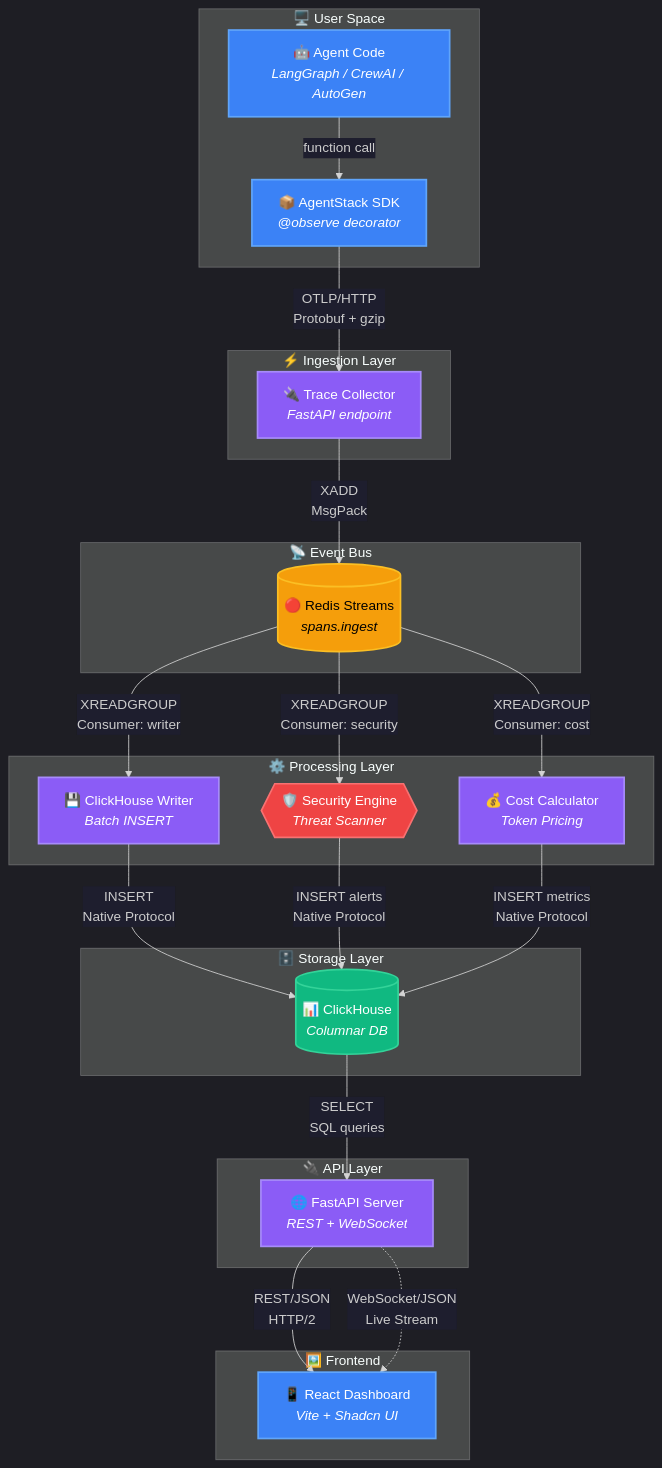
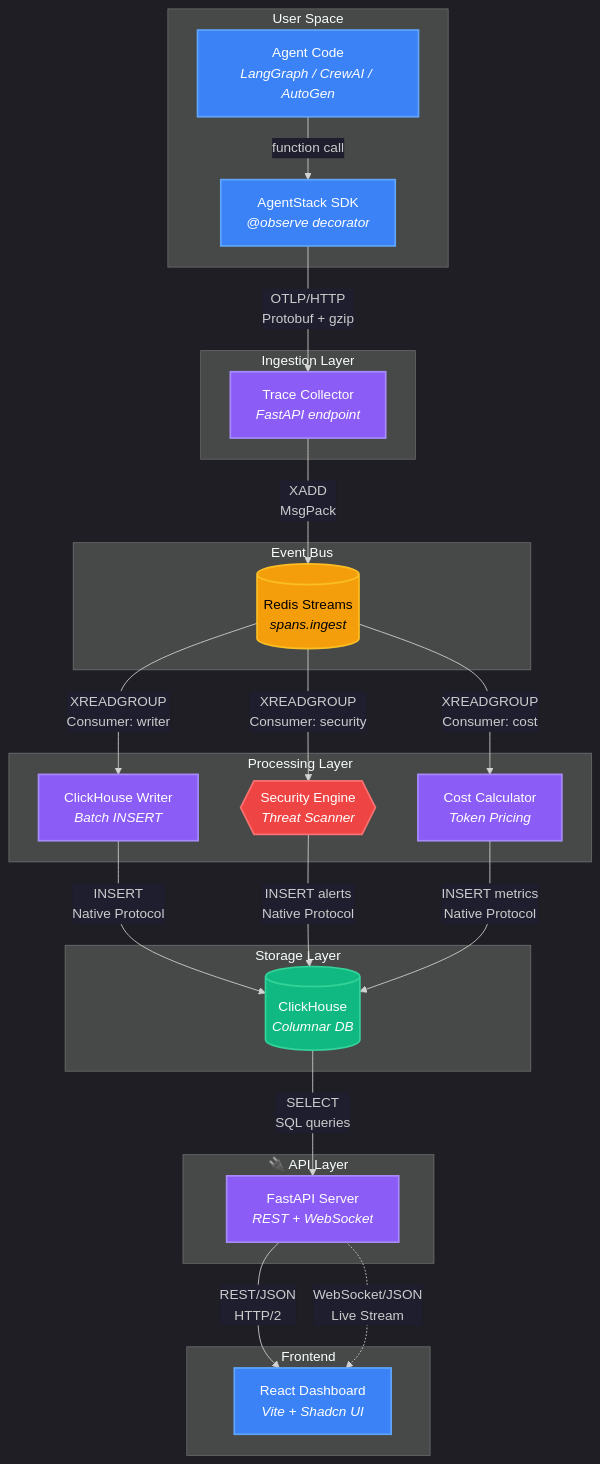
Before and after one commit to Ramakrishna1967/AgentState: the first of 7 diagrams in README.md, drawn with Mermaid. The commit also changed other lines of this file, not shown here.

````diff
--- a/README.md
+++ b/README.md
@@ -6,59 +6,59 @@
 ```mermaid
 %%{init: {'theme':'dark', 'themeVariables': {'primaryColor': '#4f46e5', 'edgeLabelBackground':'#1e1e2e'}}}%%
 graph TD
-    subgraph UserSpace["🖥️ User Space"]
-        A["🤖 Agent Code<br/><i>LangGraph / CrewAI / AutoGen</i>"]
-        B["📦 AgentStack SDK<br/><i>@observe decorator</i>"]
+    subgraph UserSpace[" User Space"]
+        A[" Agent Code<br/><i>LangGraph / CrewAI / AutoGen</i>"]
+        B[" AgentStack SDK<br/><i>@observe decorator</i>"]
     end
 
-    subgraph Ingestion["⚡ Ingestion Layer"]
-        C["🔌 Trace Collector<br/><i>FastAPI endpoint</i>"]
+    subgraph Ingestion[" Ingestion Layer"]
+        C[" Trace Collector<br/><i>FastAPI endpoint</i>"]
     end
 
-    subgraph EventBus["📡 Event Bus"]
-        D[("🔴 Redis Streams<br/><i>spans.ingest</i>")]
+    subgraph EventBus[" Event Bus"]
+        D[(" Redis Streams<br/><i>spans.ingest</i>")]
     end
 
-    subgraph Processing["⚙️ Processing Layer"]
-        E["💾 ClickHouse Writer<br/><i>Batch INSERT</i>"]
-        F{{"🛡️ Security Engine<br/><i>Threat Scanner</i>"}}
-        G["💰 Cost Calculator<br/><i>Token Pricing</i>"]
+    subgraph Processing["Processing Layer"]
+        E[" ClickHouse Writer<br/><i>Batch INSERT</i>"]
+        F{{" Security Engine<br/><i>Threat Scanner</i>"}}
+        G[" Cost Calculator<br/><i>Token Pricing</i>"]
     end
 
-    subgraph Storage["🗄️ Storage Layer"]
-        H[("📊 ClickHouse<br/><i>Columnar DB</i>")]
+    subgraph Storage[" Storage Layer"]
+        H[("ClickHouse<br/><i>Columnar DB</i>")]
     end
 
     subgraph APILayer["🔌 API Layer"]
-        I["🌐 FastAPI Server<br/><i>REST + WebSocket</i>"]
+        I[" FastAPI Server<br/><i>REST + WebSocket</i>"]
     end
 
-    subgraph Frontend["🖼️ Frontend"]
-        J["📱 React Dashboard<br/><i>Vite + Shadcn UI</i>"]
+    subgraph Frontend[" Frontend"]
+        J[" React Dashboard<br/><i>Vite + Shadcn UI</i>"]
     end
 
     A -->|"function call"| B
     B -->|"OTLP/HTTP<br/>Protobuf + gzip"| C
     C -->|"XADD<br/>MsgPack"| D
     D -->|"XREADGROUP<br/>Consumer: writer"| E
     D -->|"XREADGROUP<br/>Consumer: security"| F
     D -->|"XREADGROUP<br/>Consumer: cost"| G
     E -->|"INSERT<br/>Native Protocol"| H
     F -->|"INSERT alerts<br/>Native Protocol"| H
     G -->|"INSERT metrics<br/>Native Protocol"| H
     H -->|"SELECT<br/>SQL queries"| I
     I -->|"REST/JSON<br/>HTTP/2"| J
     I -.->|"WebSocket/JSON<br/>Live Stream"| J
 
     classDef userFacing fill:#3b82f6,stroke:#60a5fa,color:#fff,stroke-width:2px
     classDef storage fill:#10b981,stroke:#34d399,color:#fff,stroke-width:2px
     classDef security fill:#ef4444,stroke:#f87171,color:#fff,stroke-width:2px
     classDef async fill:#f59e0b,stroke:#fbbf24,color:#000,stroke-width:2px
     classDef processing fill:#8b5cf6,stroke:#a78bfa,color:#fff,stroke-width:2px
 
     class A,B,J userFacing
     class H storage
     class F security
     class D async
     class C,E,G,I processing
 ```
````
